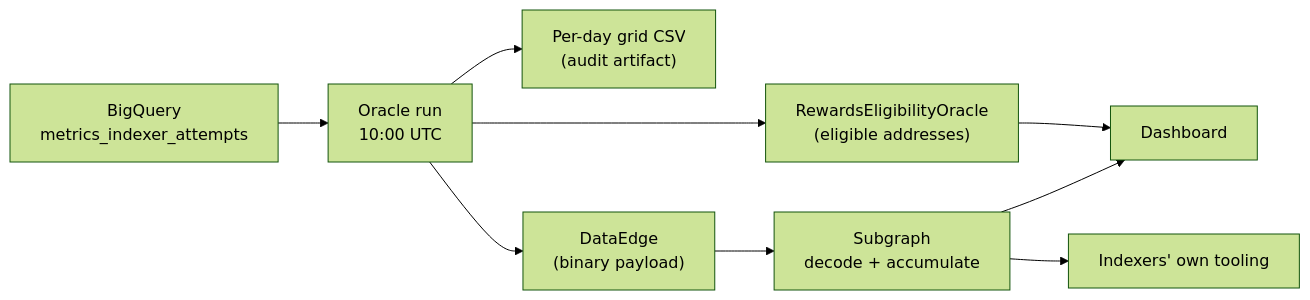
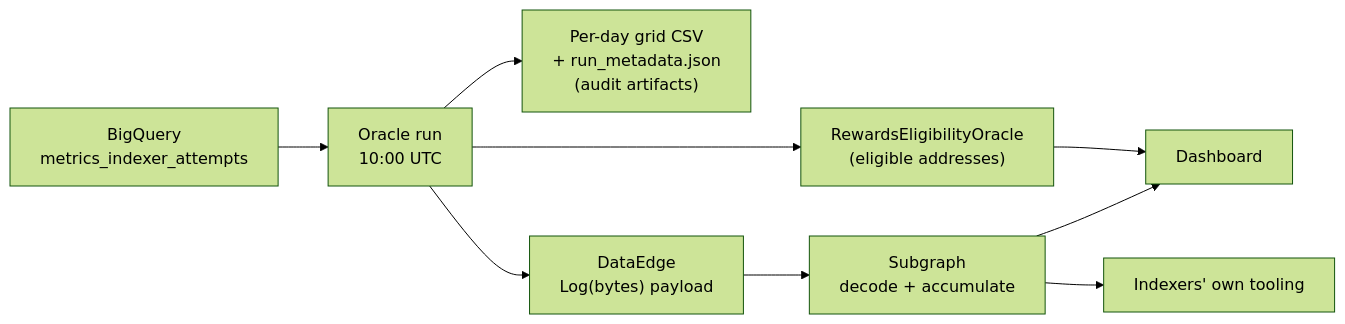
Before and after one commit to graphprotocol/rewards-eligibility-oracle: the diagram in docs/eligibility-metrics-publishing.md, drawn with Mermaid (forest theme). The commit also changed other lines of this file and 9 other files, not shown here.

````diff
--- a/docs/eligibility-metrics-publishing.md
+++ b/docs/eligibility-metrics-publishing.md
@@ -66,11 +39,11 @@
 ```mermaid
 flowchart LR
     BQ["BigQuery<br/>metrics_indexer_attempts"] --> O["Oracle run<br/>10:00 UTC"]
-    O --> CSV["Per-day grid CSV<br/>(audit artifact)"]
-    O --> DE["DataEdge<br/>(binary payload)"]
+    O --> CSV["Per-day grid CSV<br/>+ run_metadata.json<br/>(audit artifacts)"]
+    O --> DE["DataEdge<br/>Log(bytes) payload"]
     O --> RC["RewardsEligibilityOracle<br/>(eligible addresses)"]
     DE --> SG["Subgraph<br/>decode + accumulate"]
     SG --> DASH["Dashboard"]
     SG --> IDX["Indexers' own tooling"]
     RC --> DASH
 ```
````
